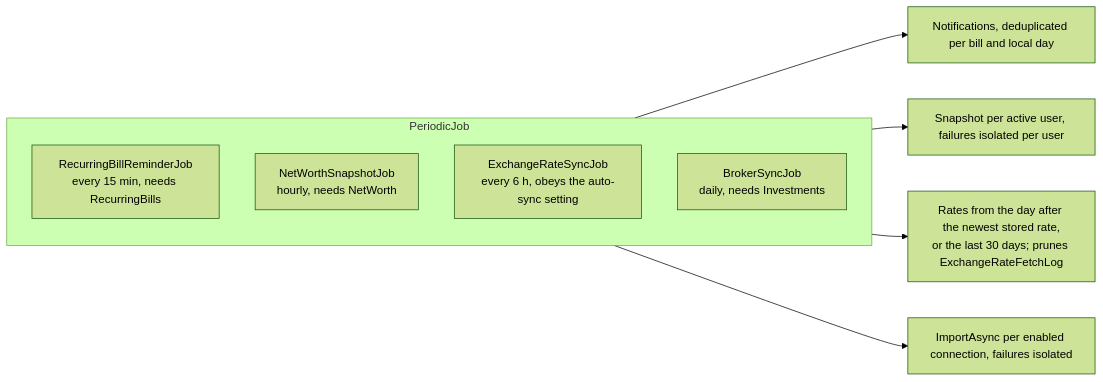
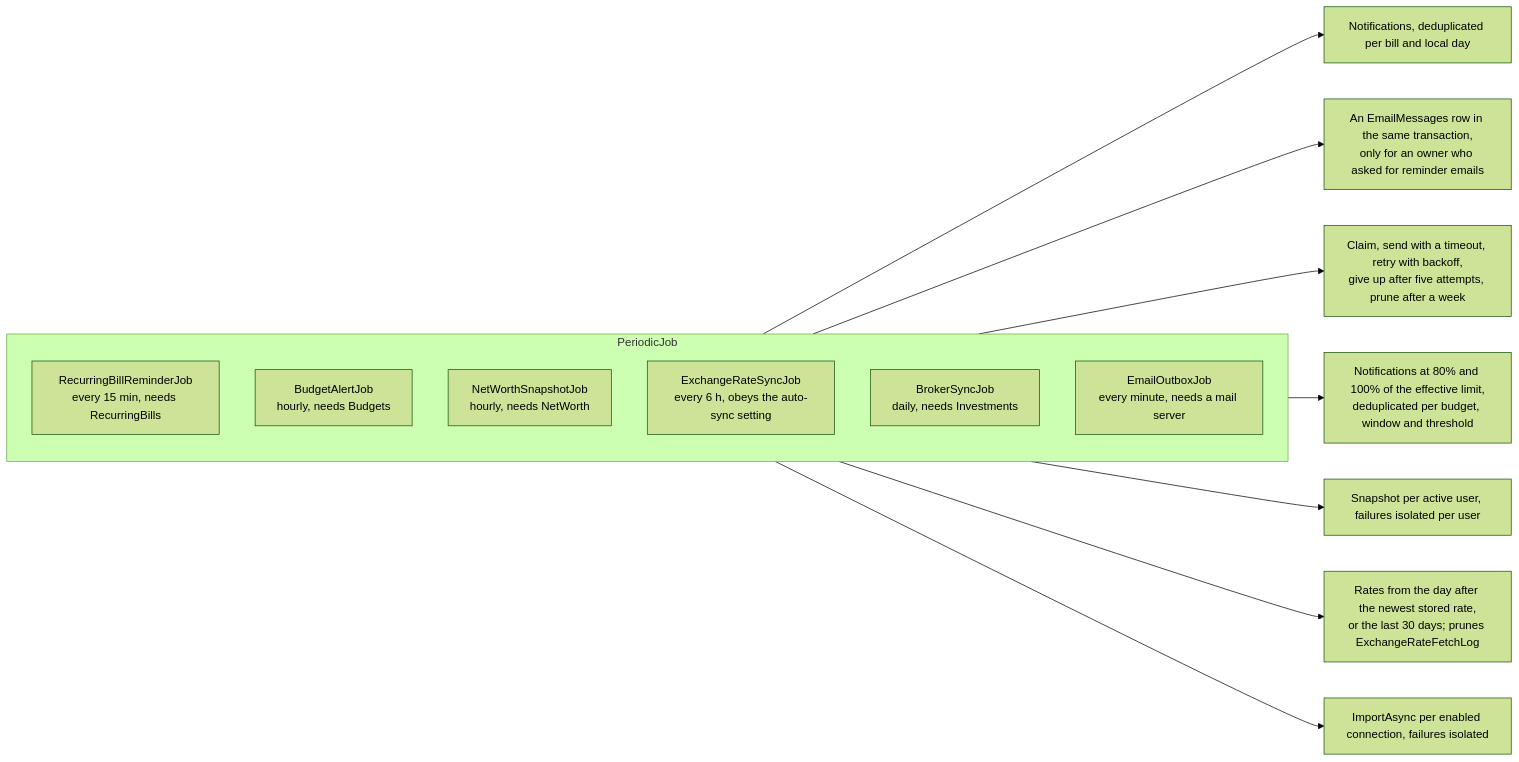
The first of 2 diagrams in docs/features/23. Background jobs.md (Justxs/Jx-Finance), drawn with Mermaid (forest theme) before and after one commit. The commit also changed other lines of this file and 32 other files, not shown here.

First line of the commit message:
feat(notifications): add notification kinds and budget alerts

````diff
--- a/docs/features/23. Background jobs.md
+++ b/docs/features/23. Background jobs.md
@@ -7,14 +7,19 @@
 ```mermaid
 flowchart LR
     subgraph PeriodicJob
         direction TB
         R["RecurringBillReminderJob<br/>every 15 min, needs RecurringBills"]
+        A["BudgetAlertJob<br/>hourly, needs Budgets"]
         N["NetWorthSnapshotJob<br/>hourly, needs NetWorth"]
         E["ExchangeRateSyncJob<br/>every 6 h, obeys the auto-sync setting"]
         B["BrokerSyncJob<br/>daily, needs Investments"]
+        M["EmailOutboxJob<br/>every minute, needs a mail server"]
     end
     R --> Notif["Notifications, deduplicated per bill and local day"]
+    R --> Mail["An EmailMessages row in the same transaction,<br/>only for an owner who asked for reminder emails"]
+    M --> Send["Claim, send with a timeout, retry with backoff,<br/>give up after five attempts, prune after a week"]
+    A --> Alert["Notifications at 80% and 100% of the effective limit,<br/>deduplicated per budget, window and threshold"]
     N --> Snap["Snapshot per active user, failures isolated per user"]
     E --> Rates["Rates from the day after the newest stored rate,<br/>or the last 30 days; prunes ExchangeRateFetchLog"]
     B --> Imp["ImportAsync per enabled connection, failures isolated"]
 ```
````
